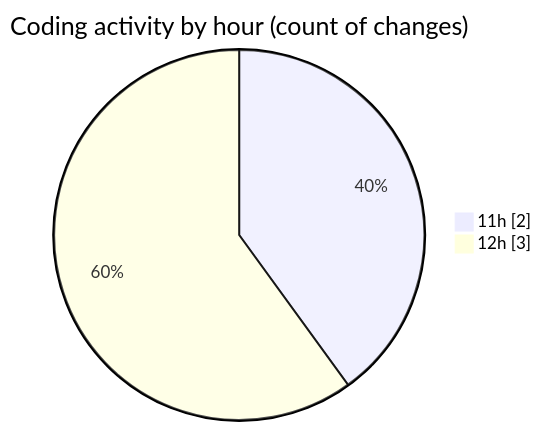
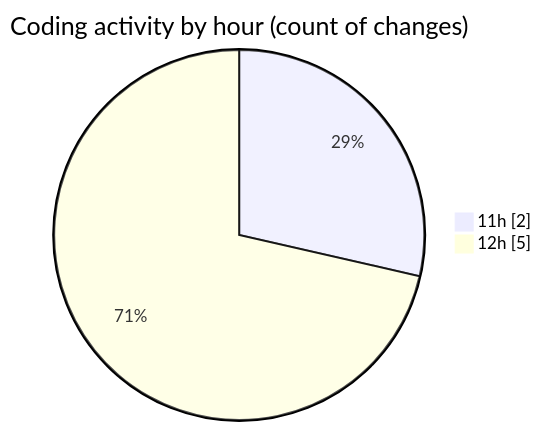
One commit to NitaiMahat/code-tracking changed the second of 2 diagrams in 2025-02-12/oopstartfiles/README.md. Above: the diagram before and after it, drawn with Mermaid. The commit also changed other lines of this file and 1 other file, not shown here.

````diff
--- a/2025-02-12/oopstartfiles/README.md
+++ b/2025-02-12/oopstartfiles/README.md
@@ -29,6 +29,6 @@
 ```mermaid
 pie showData
 title Coding activity by hour (count of changes)
 "11h" : 2
-"12h" : 3
+"12h" : 5
 ```
````
